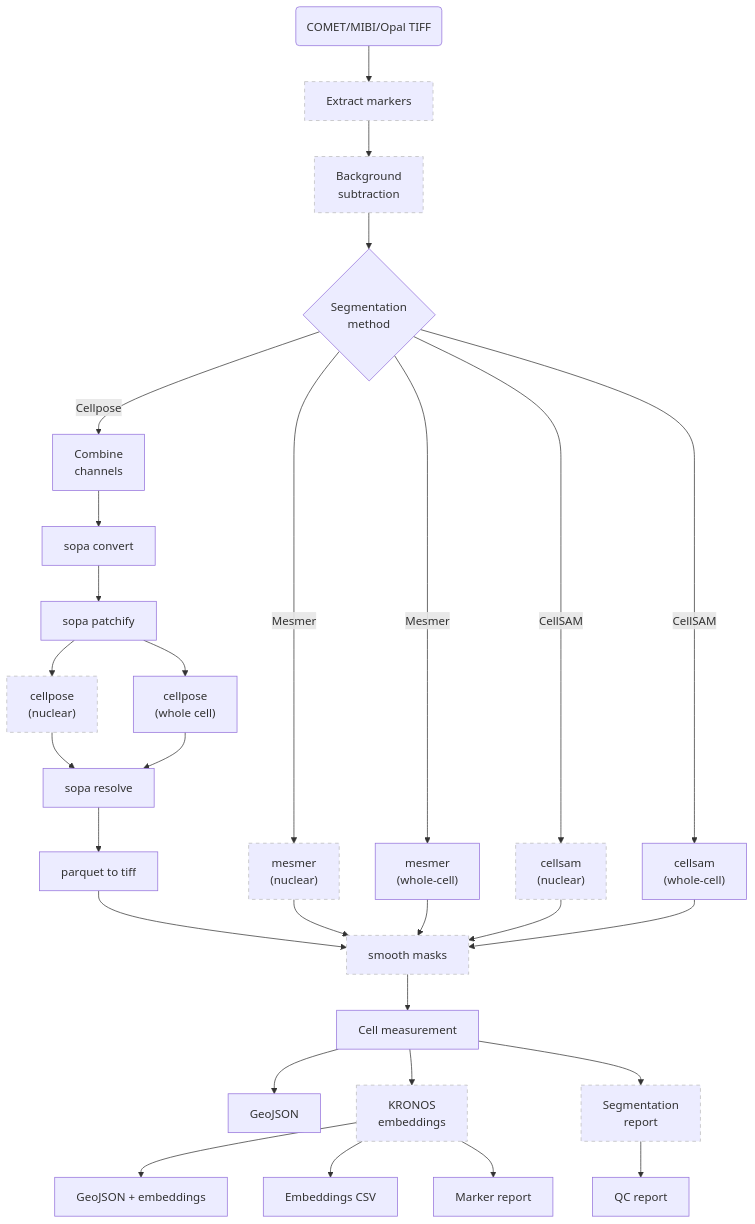
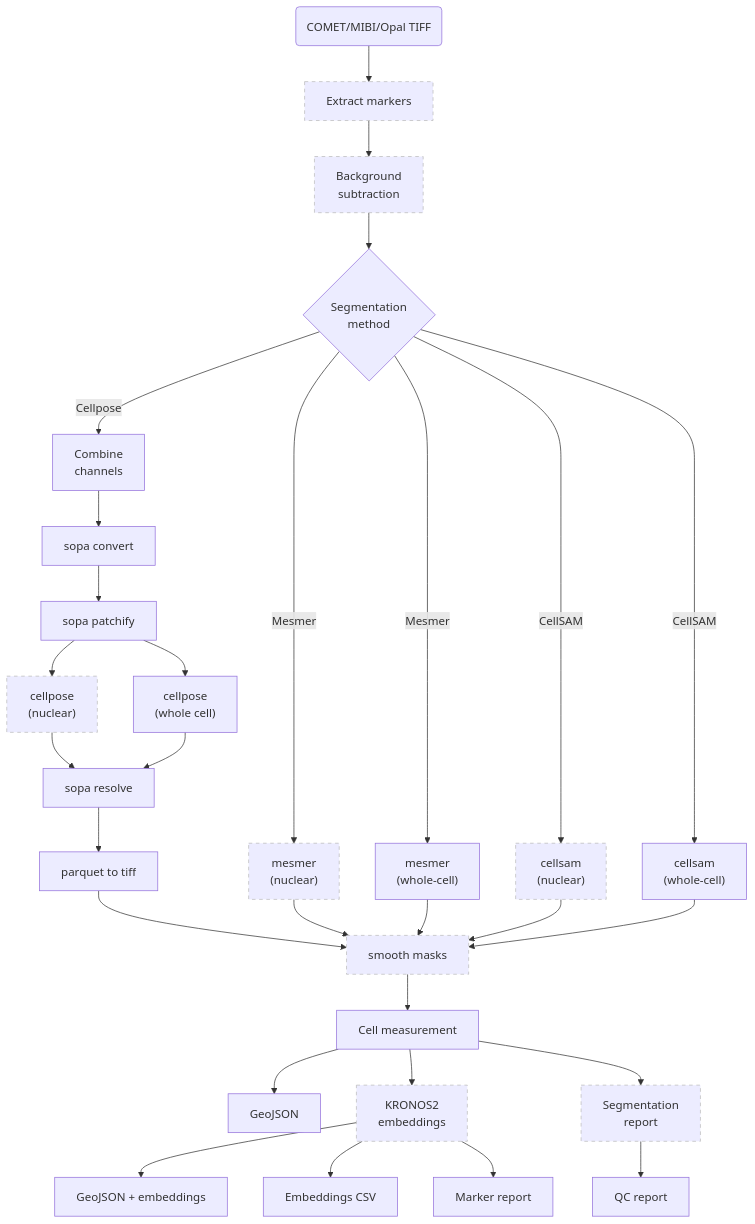
The diagram in README.md (WEHI-SODA-Hub/spatialproteomics), drawn with Mermaid before and after one commit. The commit also changed other lines of this file and 20 other files, not shown here.

First line of the commit message:
feat: replace KRONOS1 with KRONOS2 per-cell embeddings

````diff
--- a/README.md
+++ b/README.md
@@ -35,57 +35,57 @@
 ```mermaid
 flowchart TD
   input_multi("COMET/MIBI/Opal TIFF") --> extract["Extract markers"]
   extract --> bgsub["Background
           subtraction"]
   bgsub --> choose{"Segmentation
                    method"}
   style extract stroke:#bbb,stroke-dasharray: 5 5
   style bgsub stroke:#bbb,stroke-dasharray: 5 5
 
   choose -- Cellpose --> combine["Combine
                                  channels"]
 
   combine --> convert["sopa convert"]
   convert --> patchify["sopa patchify"]
   patchify --> cp_nuc["cellpose
                       (nuclear)"]
   patchify --> cp_wc["cellpose
                      (whole cell)"]
   cp_nuc --> resolve["sopa resolve"]
   style cp_nuc stroke:#bbb,stroke-dasharray: 5 5
   cp_wc --> resolve
   resolve --> parquet2tiff["parquet to tiff"]
   parquet2tiff --> smooth["smooth masks"]
   smooth --> measure["Cell measurement"]
   style smooth stroke:#bbb,stroke-dasharray: 5 5
 
   choose -- Mesmer --> mesmer_nuc["mesmer
                                  (nuclear)"]
   choose -- Mesmer --> mesmer_wc["mesmer
                                  (whole-cell)"]
   style mesmer_nuc stroke:#bbb,stroke-dasharray: 5 5
   mesmer_nuc --> smooth
   mesmer_wc --> smooth
 
   choose -- CellSAM --> cs_nuc["cellsam
                                (nuclear)"]
   choose -- CellSAM --> cs_wc["cellsam
                               (whole-cell)"]
   style cs_nuc stroke:#bbb,stroke-dasharray: 5 5
   cs_nuc --> smooth
   cs_wc --> smooth
 
   style smooth stroke:#bbb,stroke-dasharray: 5 5
   measure --> geojson["GeoJSON"]
-  measure --> embeddings["KRONOS
+  measure --> embeddings["KRONOS2
                          embeddings"]
   embeddings --> merged_geojson["GeoJSON + embeddings"]
   embeddings --> csv["Embeddings CSV"]
   embeddings --> marker_report["Marker report"]
   style embeddings stroke:#bbb,stroke-dasharray: 5 5
 
   measure --> seg_report["Segmentation
                             report"]
   style seg_report stroke:#bbb,stroke-dasharray: 5 5
   seg_report --> report["QC report"]
 ```
````
